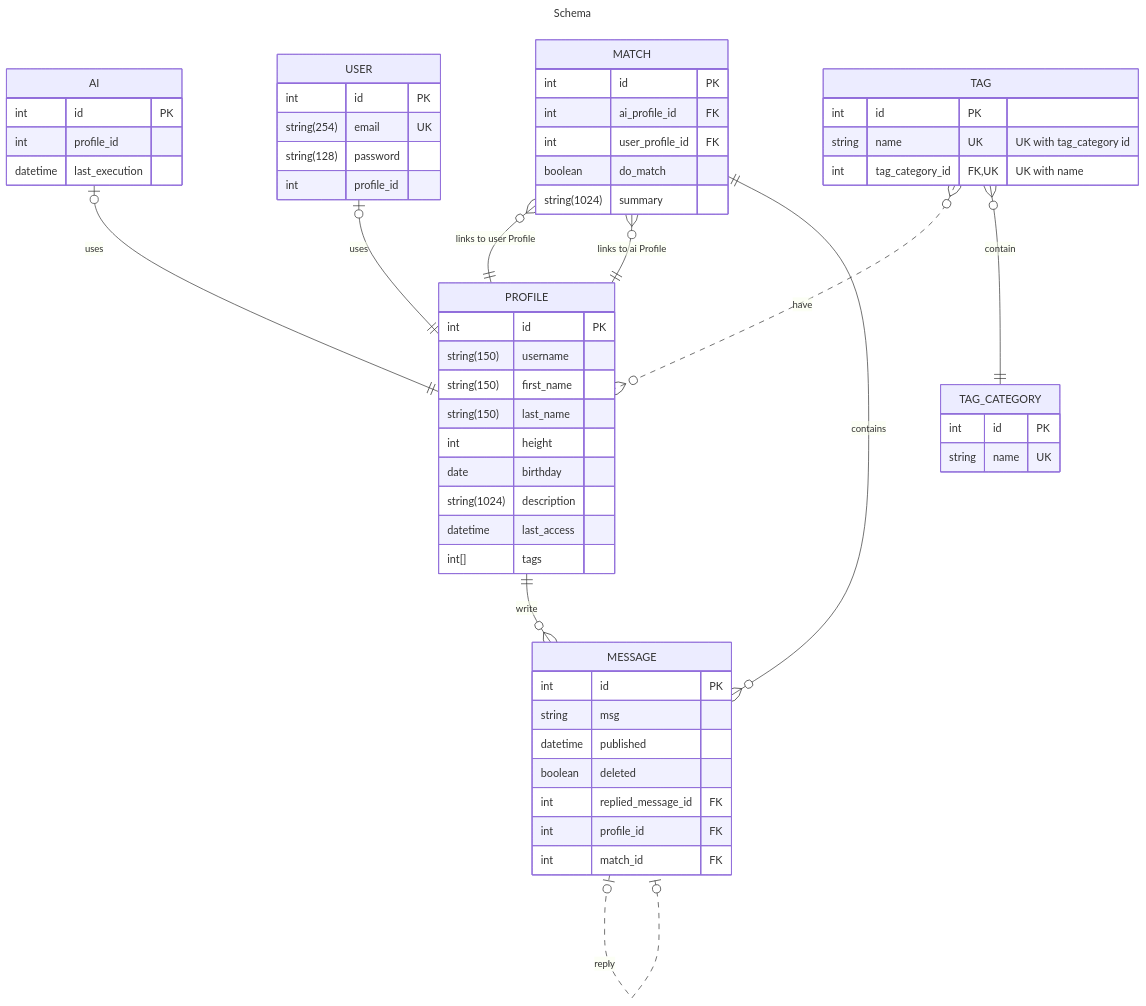
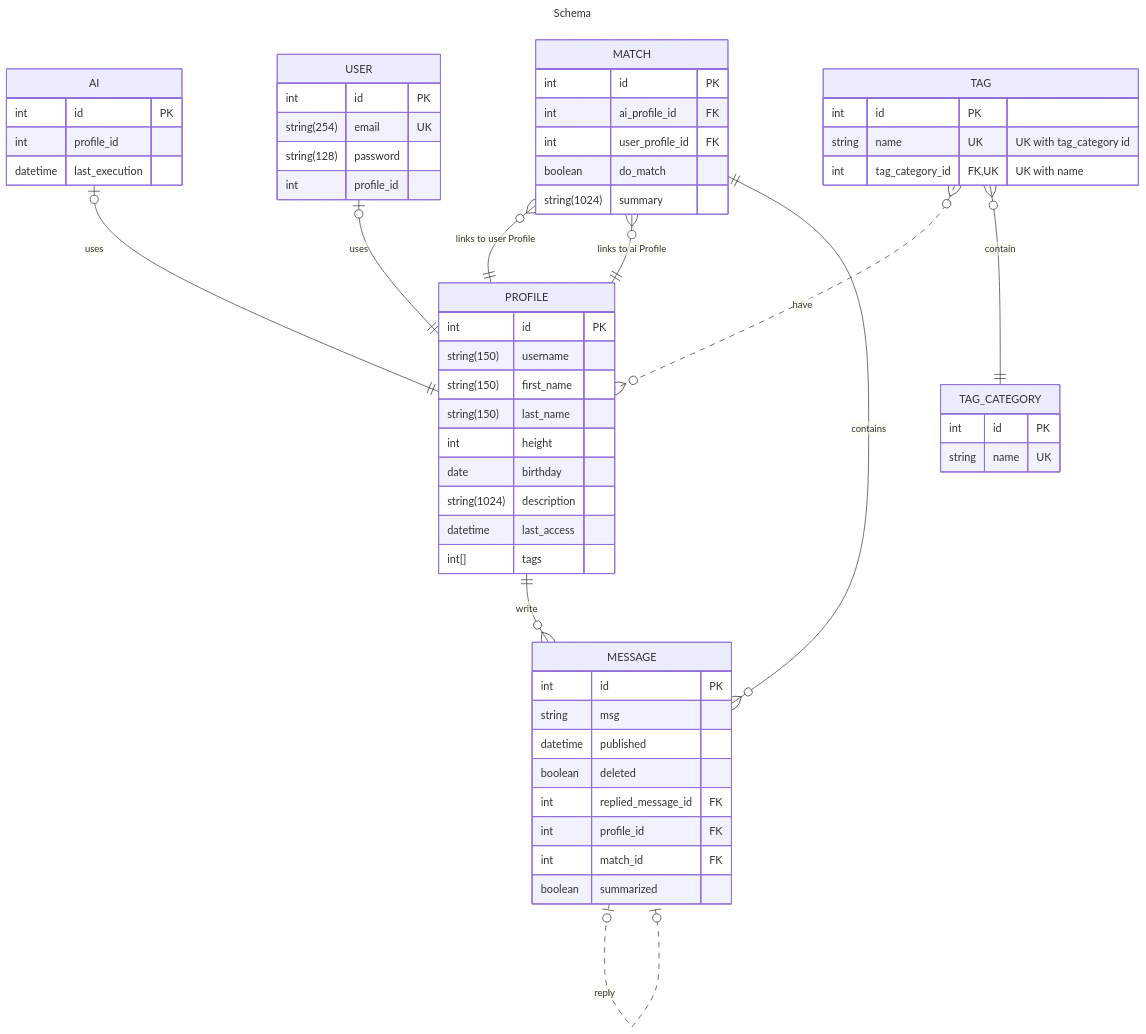
One commit to MaribelSR/tAInder changed the diagram in docs/schema.md. Above: the diagram before and after it, drawn with Mermaid. The commit also changed 6 other files, not shown here.

````diff
--- a/docs/schema.md
+++ b/docs/schema.md
@@ -1,69 +1,70 @@
 ```mermaid
 ---
 title: Schema
 ---
 erDiagram
     PROFILE ||--o{ MESSAGE : write
     MESSAGE |o..o| MESSAGE : reply
     AI |o--|| PROFILE : uses
     USER |o--|| PROFILE : uses
     MATCH }o--|| PROFILE : "links to user Profile"
     MATCH }o--|| PROFILE : "links to ai Profile"
     MATCH ||--o{ MESSAGE : contains
     TAG }o..o{ PROFILE : have
     TAG }o--|| TAG_CATEGORY : contain
 
     PROFILE {
         int id PK
         string(150) username
         string(150) first_name
         string(150) last_name
         int height
         date birthday
         string(1024) description
         datetime last_access
         int[] tags
     }
 
     USER {
         int id PK
         string(254) email UK
         string(128) password
         int profile_id
     }
 
     AI {
         int id PK
         int profile_id
         datetime last_execution
     }
 
     MATCH {
         int id PK
         int ai_profile_id FK
         int user_profile_id FK
         boolean do_match
         string(1024) summary
     }
 
     MESSAGE {
         int id PK
         string msg
         datetime published
         boolean deleted
         int replied_message_id FK
         int profile_id FK
         int match_id FK
+        boolean summarized
     }
 
     TAG {
         int id PK
         string name UK "UK with tag_category id"
         int tag_category_id FK,UK "UK with name"
     }
 
     TAG_CATEGORY {
         int id PK
         string name UK
     }
 ```
````
